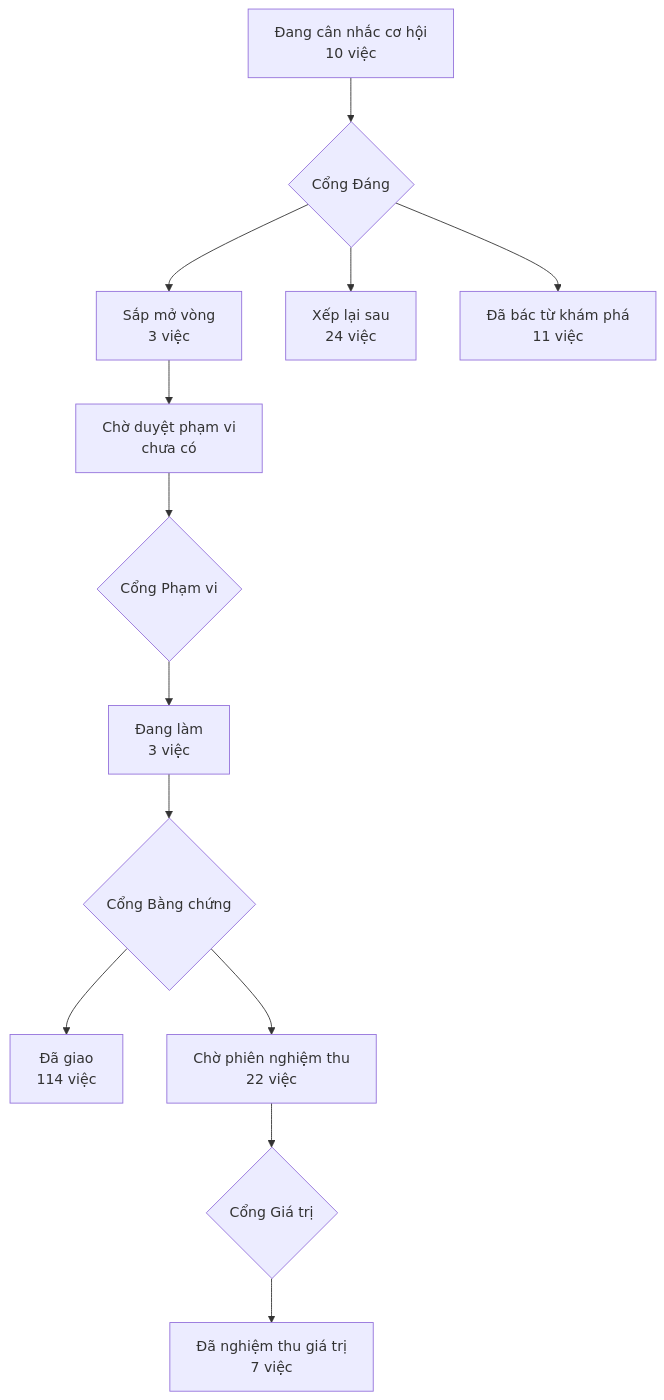
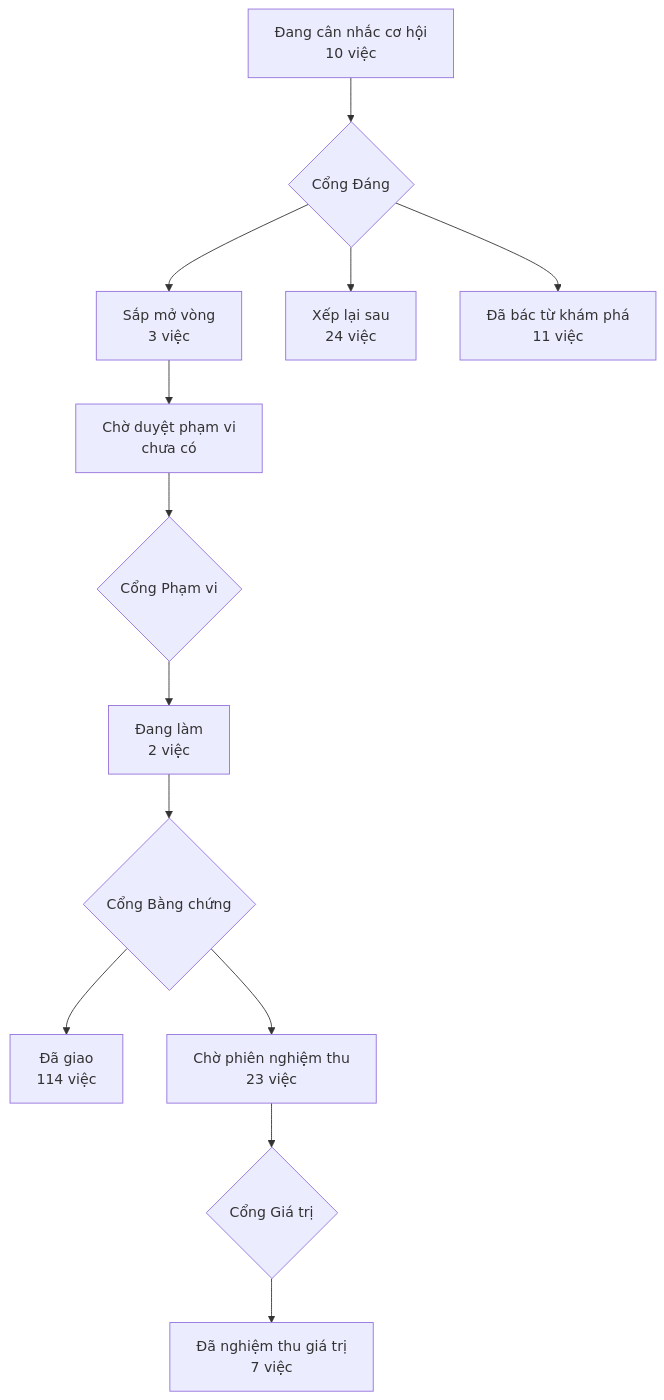
One commit to phanlemanh/acceptance-gate-kit changed the diagram in PRODUCT-MAP.md. Above: the diagram before and after it, drawn with Mermaid. The commit also changed 7 other files, not shown here.

````diff
--- a/PRODUCT-MAP.md
+++ b/PRODUCT-MAP.md
@@ -7,12 +7,12 @@
 ```mermaid
 flowchart TD
   A["Đang cân nhắc cơ hội<br/>10 việc"] --> GD{"Cổng Đáng"}
   GD --> B["Sắp mở vòng<br/>3 việc"]
   GD --> XL["Xếp lại sau<br/>24 việc"]
   GD --> DB["Đã bác từ khám phá<br/>11 việc"]
   B --> CD["Chờ duyệt phạm vi<br/>chưa có"] --> GP{"Cổng Phạm vi"}
-  GP --> DL["Đang làm<br/>3 việc"] --> GB{"Cổng Bằng chứng"}
+  GP --> DL["Đang làm<br/>2 việc"] --> GB{"Cổng Bằng chứng"}
   GB --> DG["Đã giao<br/>114 việc"]
-  GB --> CN["Chờ phiên nghiệm thu<br/>22 việc"] --> GG{"Cổng Giá trị"}
+  GB --> CN["Chờ phiên nghiệm thu<br/>23 việc"] --> GG{"Cổng Giá trị"}
   GG --> NT["Đã nghiệm thu giá trị<br/>7 việc"]
 ```
````
